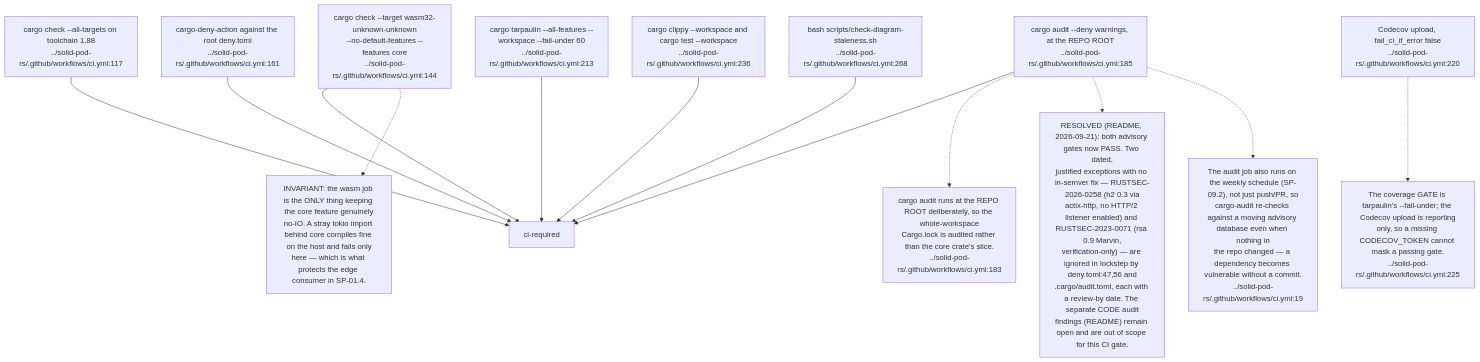
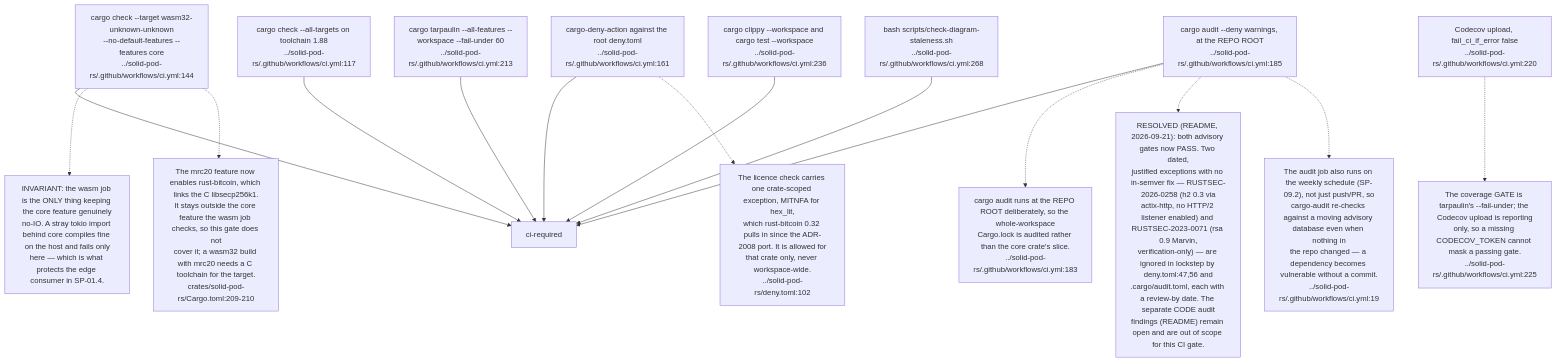
The third of 9 diagrams in docs/diagrams/solid-pod-rs/09-ci-release-and-consumer-pins.md (DreamLab-AI/VisionFlow), drawn with Mermaid before and after one commit. The commit also changed other lines of this file and 31 other files, not shown here.

````diff
--- a/docs/diagrams/solid-pod-rs/09-ci-release-and-consumer-pins.md
+++ b/docs/diagrams/solid-pod-rs/09-ci-release-and-consumer-pins.md
@@ -96,30 +96,34 @@
 ```mermaid
 flowchart TD
     MSRV["cargo check --all-targets on toolchain 1.88<br/>../solid-pod-rs/.github/workflows/ci.yml:117"]
     WASM["cargo check --target wasm32-unknown-unknown<br/>--no-default-features --features core<br/>../solid-pod-rs/.github/workflows/ci.yml:144"]
     DENY["cargo-deny-action against the root deny.toml<br/>../solid-pod-rs/.github/workflows/ci.yml:161"]
     AUD["cargo audit --deny warnings, at the REPO ROOT<br/>../solid-pod-rs/.github/workflows/ci.yml:185"]
     COV["cargo tarpaulin --all-features --workspace --fail-under 60<br/>../solid-pod-rs/.github/workflows/ci.yml:213"]
     CC["Codecov upload, fail_ci_if_error false<br/>../solid-pod-rs/.github/workflows/ci.yml:220"]
     WSJ["cargo clippy --workspace and cargo test --workspace<br/>../solid-pod-rs/.github/workflows/ci.yml:236"]
     DIA["bash scripts/check-diagram-staleness.sh<br/>../solid-pod-rs/.github/workflows/ci.yml:268"]
 
     MSRV --> GATE["ci-required"]
     WASM --> GATE
     DENY --> GATE
     AUD --> GATE
     COV --> GATE
     WSJ --> GATE
     DIA --> GATE
 
     N["INVARIANT: the wasm job is the ONLY thing keeping the core feature genuinely<br/>no-IO. A stray tokio import behind core compiles fine on the host and fails only<br/>here — which is what protects the edge consumer in SP-01.4."]
     WASM -.-> N
     N2["cargo audit runs at the REPO ROOT deliberately, so the whole-workspace<br/>Cargo.lock is audited rather than the core crate's slice.<br/>../solid-pod-rs/.github/workflows/ci.yml:183"]
     AUD -.-> N2
     N3["The coverage GATE is tarpaulin's --fail-under; the Codecov upload is reporting<br/>only, so a missing CODECOV_TOKEN cannot mask a passing gate.<br/>../solid-pod-rs/.github/workflows/ci.yml:225"]
     CC -.-> N3
     N4["RESOLVED (README, 2026-09-21): both advisory gates now PASS. Two dated,<br/>justified exceptions with no in-semver fix — RUSTSEC-2026-0258 (h2 0.3 via<br/>actix-http, no HTTP/2 listener enabled) and RUSTSEC-2023-0071 (rsa 0.9 Marvin,<br/>verification-only) — are ignored in lockstep by deny.toml:47,56 and<br/>.cargo/audit.toml, each with a review-by date. The separate CODE audit<br/>findings (README) remain open and are out of scope for this CI gate."]
     AUD -.-> N4
     N5["The audit job also runs on the weekly schedule (SP-09.2), not just push/PR, so<br/>cargo-audit re-checks against a moving advisory database even when nothing in<br/>the repo changed — a dependency becomes vulnerable without a commit.<br/>../solid-pod-rs/.github/workflows/ci.yml:19"]
     AUD -.-> N5
+    N6["The licence check carries one crate-scoped exception, MITNFA for hex_lit,<br/>which rust-bitcoin 0.32 pulls in since the ADR-2008 port. It is allowed for<br/>that crate only, never workspace-wide.<br/>../solid-pod-rs/deny.toml:102"]
+    DENY -.-> N6
+    N7["The mrc20 feature now enables rust-bitcoin, which links the C libsecp256k1.<br/>It stays outside the core feature the wasm job checks, so this gate does not<br/>cover it; a wasm32 build with mrc20 needs a C toolchain for the target.<br/>crates/solid-pod-rs/Cargo.toml:209-210"]
+    WASM -.-> N7
 ```
````
